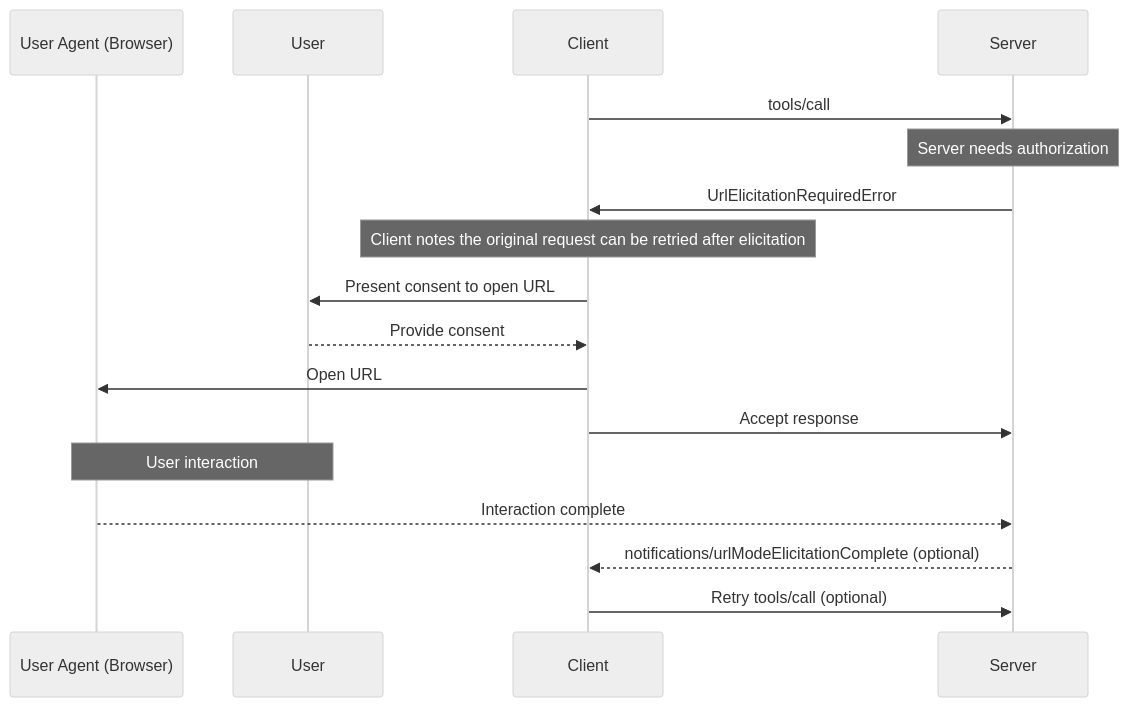
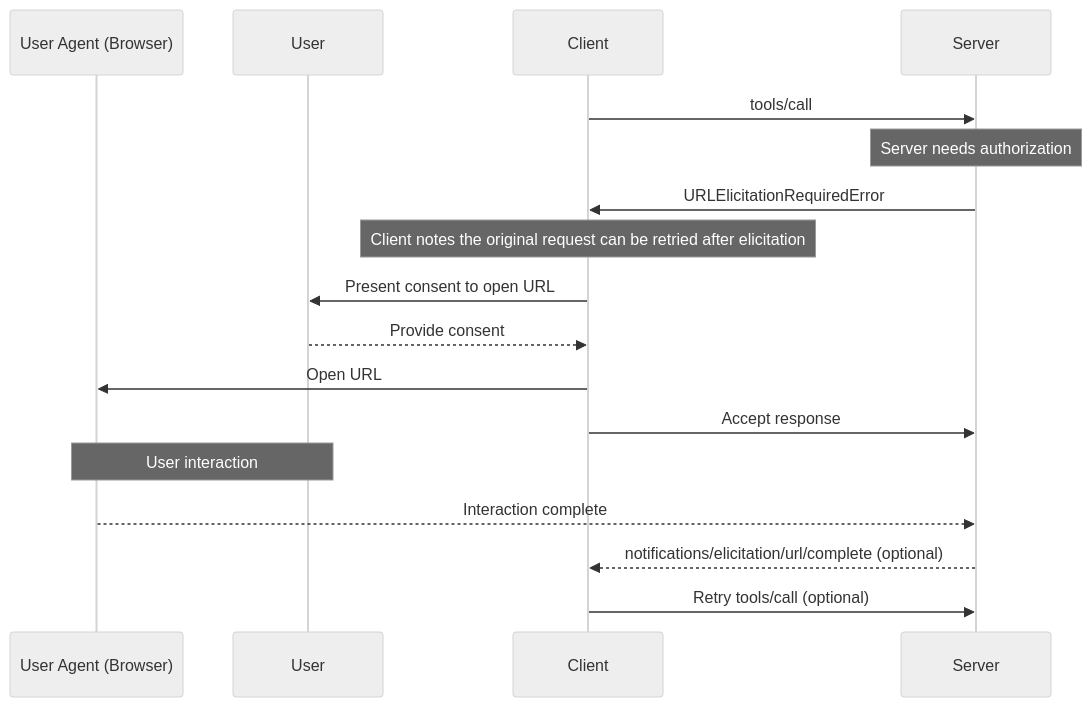
Before and after one commit to modelcontextprotocol/modelcontextprotocol: the third of 4 diagrams in docs/specification/draft/client/elicitation.mdx, drawn with Mermaid (neutral theme). The commit also changed other lines of this file and 3 other files, not shown here.

````diff
--- a/docs/specification/draft/client/elicitation.mdx
+++ b/docs/specification/draft/client/elicitation.mdx
@@ -436,26 +436,26 @@
 ```mermaid
 sequenceDiagram
     participant UserAgent as User Agent (Browser)
     participant User
     participant Client
     participant Server
 
     Client->>Server: tools/call
 
     Note over Server: Server needs authorization
-    Server->>Client: UrlElicitationRequiredError
+    Server->>Client: URLElicitationRequiredError
     Note over Client: Client notes the original request can be retried after elicitation
 
     Client->>User: Present consent to open URL
     User-->>Client: Provide consent
 
     Client->>UserAgent: Open URL
     Client->>Server: Accept response
 
     Note over User,UserAgent: User interaction
 
     UserAgent-->>Server: Interaction complete
-    Server-->>Client: notifications/urlModeElicitationComplete (optional)
+    Server-->>Client: notifications/elicitation/url/complete (optional)
 
     Client->>Server: Retry tools/call (optional)
 ```
````
